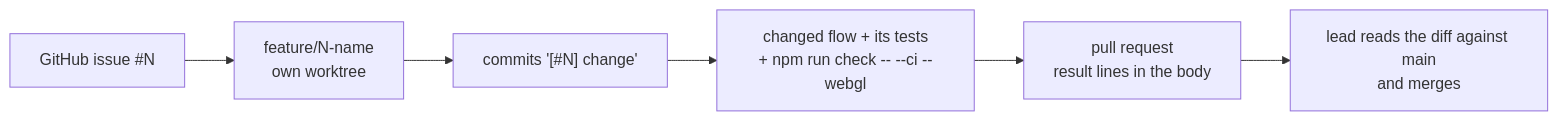
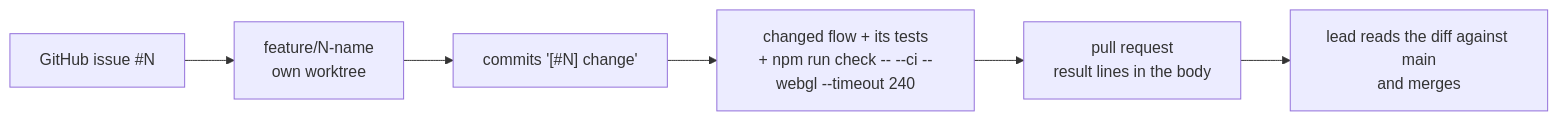
Before and after one commit to voxelwright/voxelwright: the diagram in guide/building.md, drawn with Mermaid. The commit also changed other lines of this file and 78 other files, not shown here.

````diff
--- a/guide/building.md
+++ b/guide/building.md
@@ -19,8 +19,8 @@
 ```mermaid
 flowchart LR
   Issue["GitHub issue #N"] --> Branch["feature/N-name<br/>own worktree"]
   Branch --> Commits["commits '[#N] change'"]
-  Commits --> Proof["changed flow + its tests<br/>+ npm run check -- --ci --webgl"]
+  Commits --> Proof["changed flow + its tests<br/>+ npm run check -- --ci --webgl --timeout 240"]
   Proof --> PR["pull request<br/>result lines in the body"]
   PR --> Merge["lead reads the diff against main<br/>and merges"]
 ```
````
